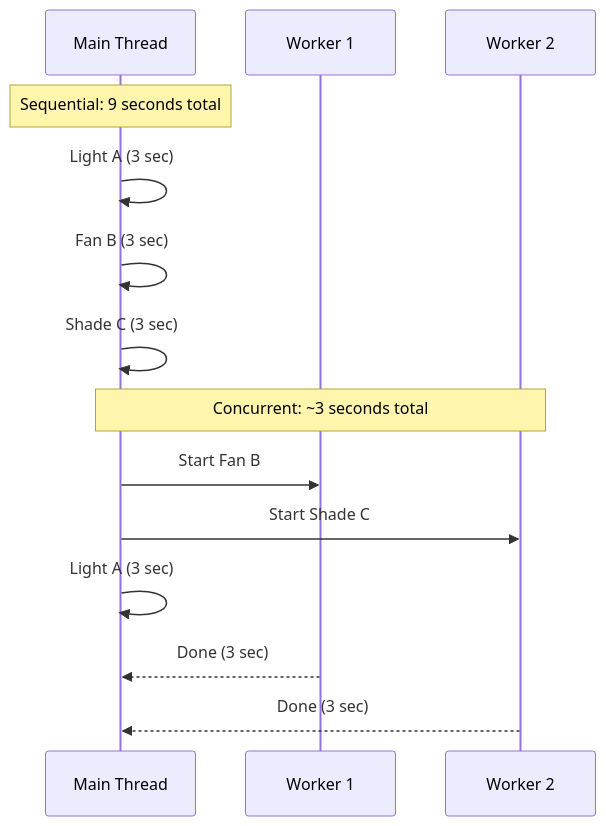
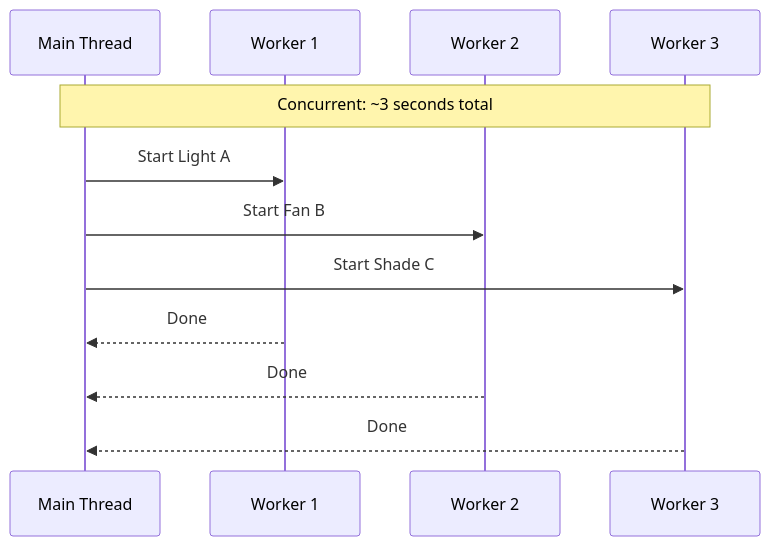
Before and after one commit to neu-pdi/CS3100-Spring-2026: the second of 13 diagrams in lecture-slides-spertus/l31-concurrency1.mdx, drawn with Mermaid. The commit also changed other lines of this file and 4 other files, not shown here.

````diff
--- a/lecture-slides-spertus/l31-concurrency1.mdx
+++ b/lecture-slides-spertus/l31-concurrency1.mdx
@@ -231,18 +320,15 @@
 ```mermaid
 sequenceDiagram
     participant Main as Main Thread
     participant W1 as Worker 1
     participant W2 as Worker 2
+    participant W3 as Worker 3
 
-    Note over Main: Sequential: 9 seconds total
-    Main->>Main: Light A (3 sec)
-    Main->>Main: Fan B (3 sec)
-    Main->>Main: Shade C (3 sec)
-
-    Note over Main,W2: Concurrent: ~3 seconds total
-    Main->>W1: Start Fan B
-    Main->>W2: Start Shade C
-    Main->>Main: Light A (3 sec)
-    W1-->>Main: Done (3 sec)
-    W2-->>Main: Done (3 sec)
+    Note over Main,W3: Concurrent: ~3 seconds total
+    Main->>W1: Start Light A
+    Main->>W2: Start Fan B
+    Main->>W3: Start Shade C
+    W1-->>Main: Done
+    W2-->>Main: Done
+    W3-->>Main: Done
 ```
````
